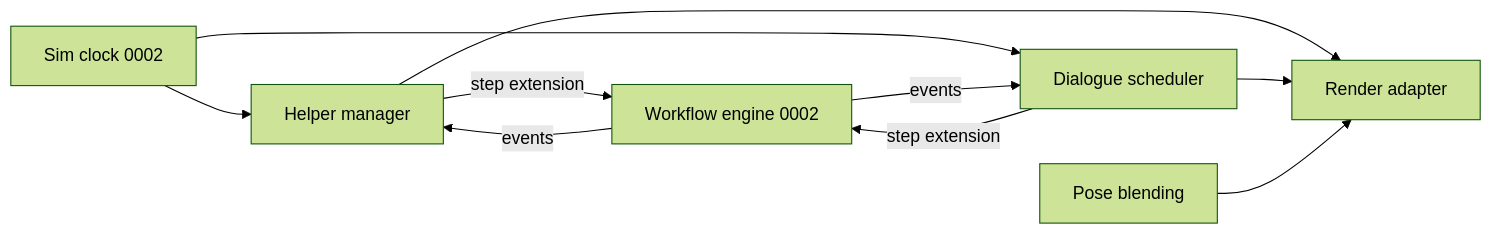
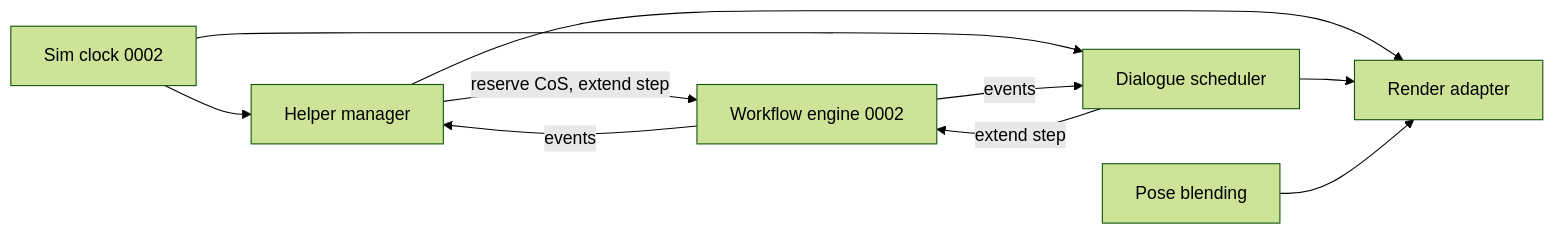
One commit to GktuOktay/claude-agency-v2 changed the third of 4 diagrams in specs/draft/0003-agency-tower-helpers-dialogue.md. Above: the diagram before and after it, drawn with Mermaid (forest theme). The commit also changed other lines of this file, not shown here.

````diff
--- a/specs/draft/0003-agency-tower-helpers-dialogue.md
+++ b/specs/draft/0003-agency-tower-helpers-dialogue.md
@@ -147,12 +151,12 @@
 ```mermaid
 flowchart LR
   CK[Sim clock 0002] --> HM[Helper manager]
   CK --> DS[Dialogue scheduler]
   WE[Workflow engine 0002] -- events --> HM
   WE -- events --> DS
-  HM -- step extension --> WE
-  DS -- step extension --> WE
+  HM -- reserve CoS, extend step --> WE
+  DS -- extend step --> WE
   HM --> RA[Render adapter]
   DS --> RA
   PB[Pose blending] --> RA
 ```
````
